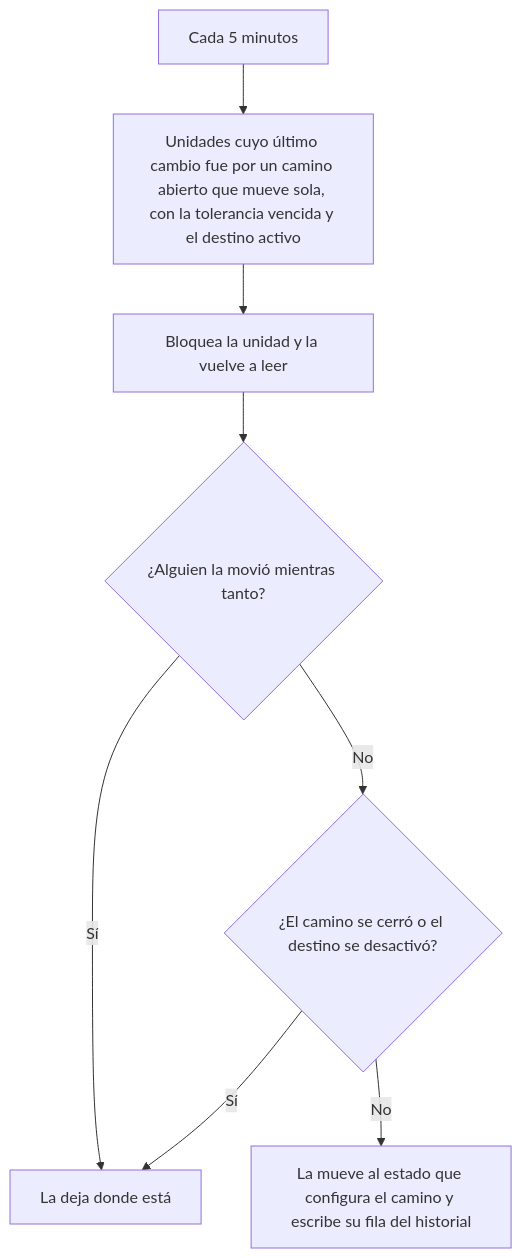
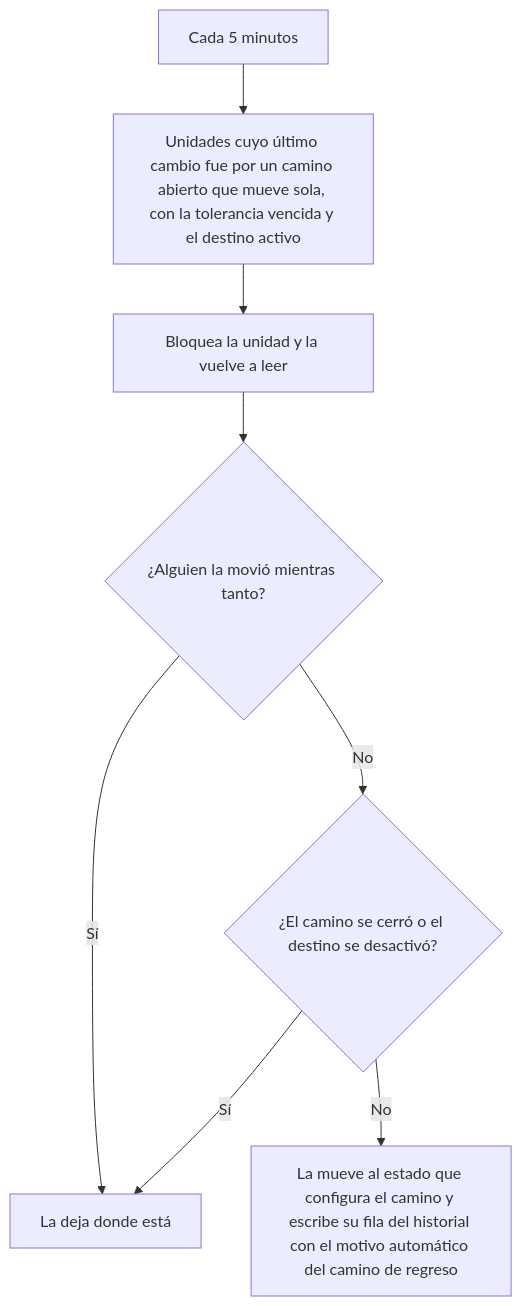
The diagram in contextos/fleet.md (erp-millennium-mobility-sac/erp-millennium-mobility-documentation), drawn with Mermaid before and after one commit. The commit also changed other lines of this file, not shown here.

````diff
--- a/contextos/fleet.md
+++ b/contextos/fleet.md
@@ -178,10 +179,10 @@
 ```mermaid
 flowchart TD
   A[Cada 5 minutos] --> B[Unidades cuyo último cambio fue por un camino abierto que mueve sola, con la tolerancia vencida y el destino activo]
   B --> C[Bloquea la unidad y la vuelve a leer]
   C --> D{¿Alguien la movió mientras tanto?}
   D -- Sí --> X[La deja donde está]
   D -- No --> E{¿El camino se cerró o el destino se desactivó?}
   E -- Sí --> X
-  E -- No --> F[La mueve al estado que configura el camino y escribe su fila del historial]
+  E -- No --> F[La mueve al estado que configura el camino y escribe su fila del historial con el motivo automático del camino de regreso]
 ```
````
